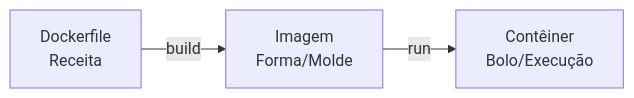
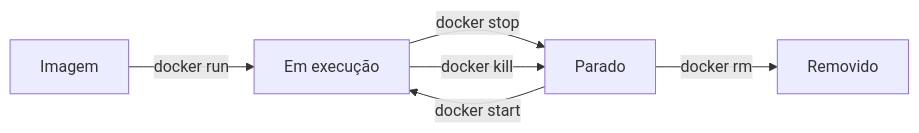
Before and after one commit to labcity-ufpa/Workshop-Git-Docker: the second of 2 diagrams in docs/docker/modelo-mental.md, drawn with Mermaid. The commit also changed other lines of this file and 20 other files, not shown here.

````diff
--- a/docs/docker/modelo-mental.md
+++ b/docs/docker/modelo-mental.md
@@ -3,5 +60,8 @@
 ```mermaid
 graph LR
-    A[Dockerfile<br>Receita] -->|build| B[Imagem<br>Forma/Molde]
-    B -->|run| C[Contêiner<br>Bolo/Execução]
+    A[Imagem] -->|docker run| B[Em execução]
+    B -->|docker stop| C[Parado]
+    C -->|docker start| B
+    C -->|docker rm| D[Removido]
+    B -->|docker kill| C
 ```
````
